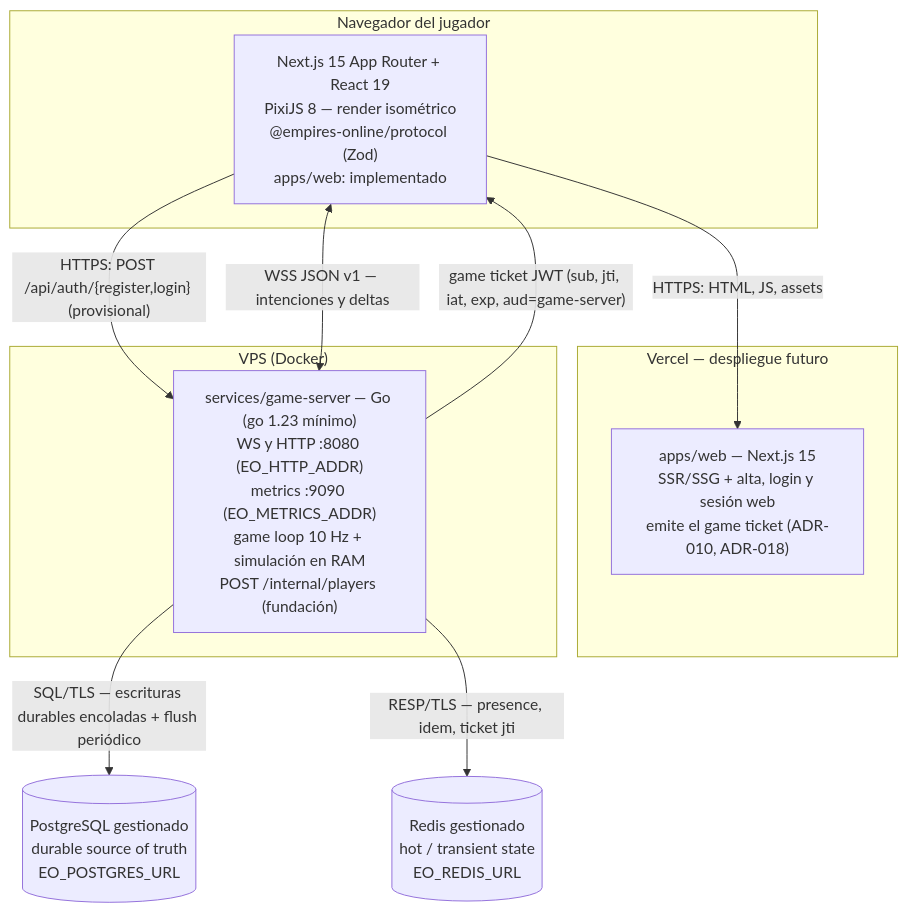
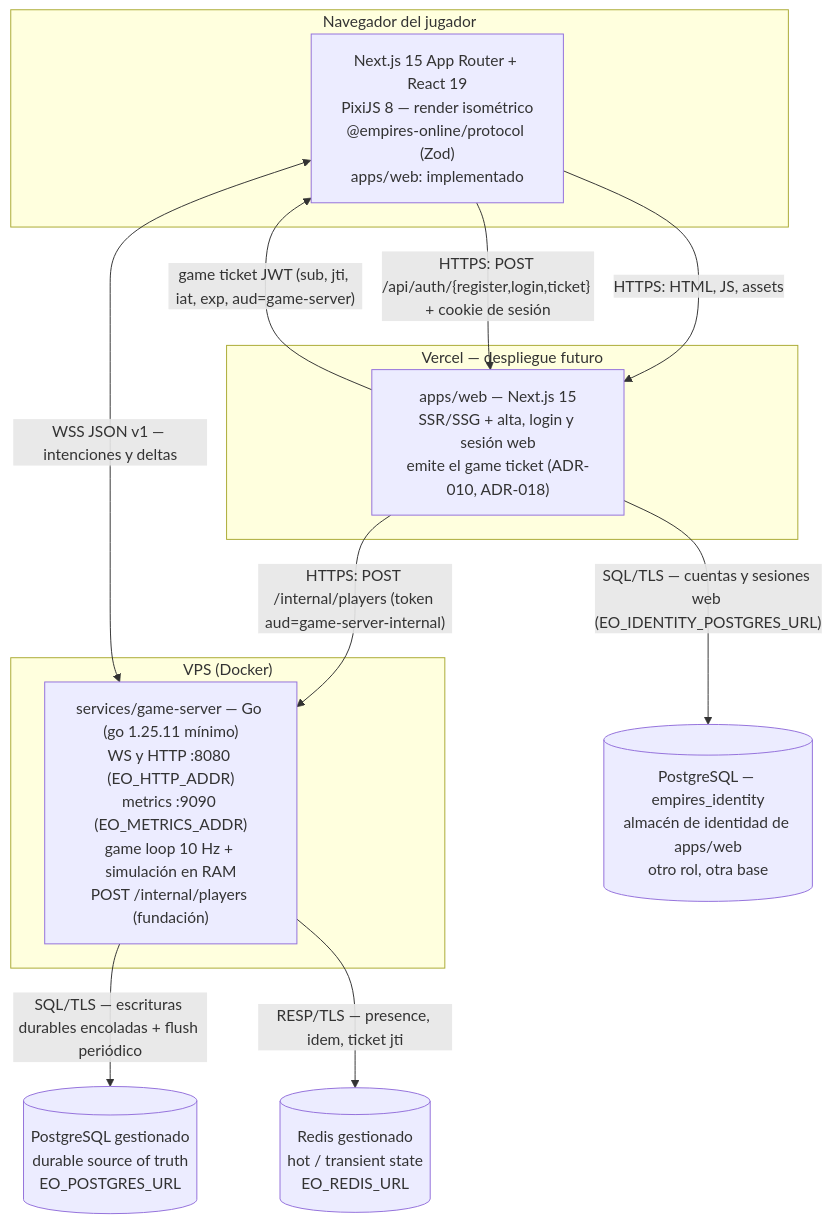
One commit to sonetlumiere-code/empires-online changed the first of 2 diagrams in docs/architecture/overview.md. Above: the diagram before and after it, drawn with Mermaid. The commit also changed other lines of this file and 42 other files, not shown here.

````diff
--- a/docs/architecture/overview.md
+++ b/docs/architecture/overview.md
@@ -54,24 +54,27 @@
 ```mermaid
 flowchart TB
     subgraph browser["Navegador del jugador"]
         UI["Next.js 15 App Router + React 19<br/>PixiJS 8 — render isométrico<br/>@empires-online/protocol (Zod)<br/>apps/web: implementado"]
     end
 
     subgraph vercel["Vercel — despliegue futuro"]
         WEB["apps/web — Next.js 15<br/>SSR/SSG + alta, login y sesión web<br/>emite el game ticket (ADR-010, ADR-018)"]
     end
 
     subgraph vps["VPS (Docker)"]
-        GS["services/game-server — Go (go 1.23 mínimo)<br/>WS y HTTP :8080 (EO_HTTP_ADDR)<br/>metrics :9090 (EO_METRICS_ADDR)<br/>game loop 10 Hz + simulación en RAM<br/>POST /internal/players (fundación)"]
+        GS["services/game-server — Go (go 1.25.11 mínimo)<br/>WS y HTTP :8080 (EO_HTTP_ADDR)<br/>metrics :9090 (EO_METRICS_ADDR)<br/>game loop 10 Hz + simulación en RAM<br/>POST /internal/players (fundación)"]
     end
 
     PG[("PostgreSQL gestionado<br/>durable source of truth<br/>EO_POSTGRES_URL")]
     RD[("Redis gestionado<br/>hot / transient state<br/>EO_REDIS_URL")]
+    ID[("PostgreSQL — empires_identity<br/>almacén de identidad de apps/web<br/>otro rol, otra base")]
 
     UI -->|"HTTPS: HTML, JS, assets"| WEB
-    UI -->|"HTTPS: POST /api/auth/{register,login} (provisional)"| GS
-    GS -->|"game ticket JWT (sub, jti, iat, exp, aud=game-server)"| UI
+    UI -->|"HTTPS: POST /api/auth/{register,login,ticket} + cookie de sesión"| WEB
+    WEB -->|"game ticket JWT (sub, jti, iat, exp, aud=game-server)"| UI
+    WEB -->|"HTTPS: POST /internal/players (token aud=game-server-internal)"| GS
+    WEB -->|"SQL/TLS — cuentas y sesiones web (EO_IDENTITY_POSTGRES_URL)"| ID
     UI <-->|"WSS JSON v1 — intenciones y deltas"| GS
     GS -->|"SQL/TLS — escrituras durables encoladas + flush periódico"| PG
     GS -->|"RESP/TLS — presence, idem, ticket jti"| RD
 ```
````
